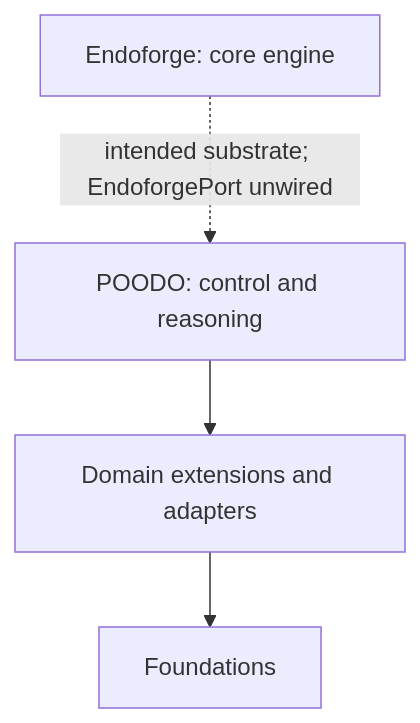
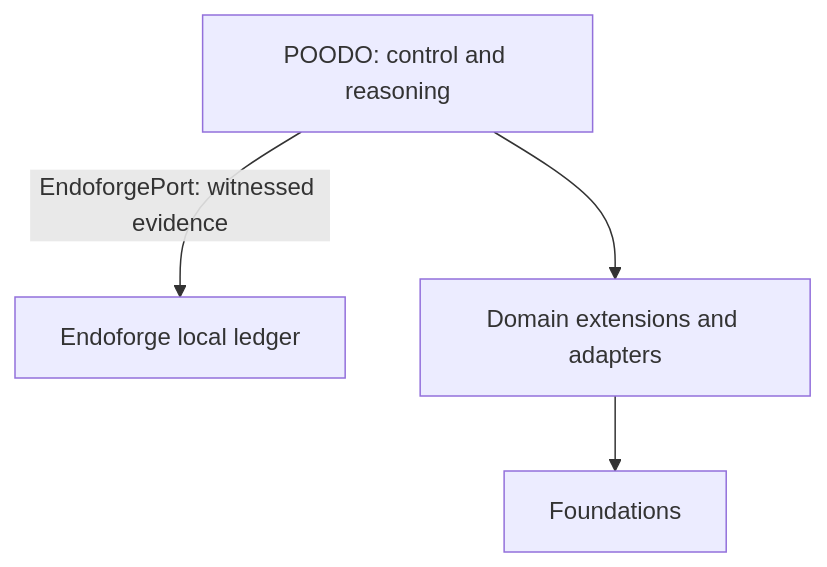
Before and after one commit to Akilleez-QA/cstack: the diagram in README.md, drawn with Mermaid. The commit also changed other lines of this file and 13 other files, not shown here.

Commit message:
Route configured POODO evidence through Endoforge

````diff
--- a/README.md
+++ b/README.md
@@ -137,6 +137,6 @@
 ```mermaid
 flowchart TB
-    E[Endoforge: core engine] -. "intended substrate; EndoforgePort unwired" .-> P[POODO: control and reasoning]
+    P[POODO: control and reasoning] -->|EndoforgePort: witnessed evidence| E[Endoforge local ledger]
     P --> A[Domain extensions and adapters]
     A --> F[Foundations]
 ```
````
